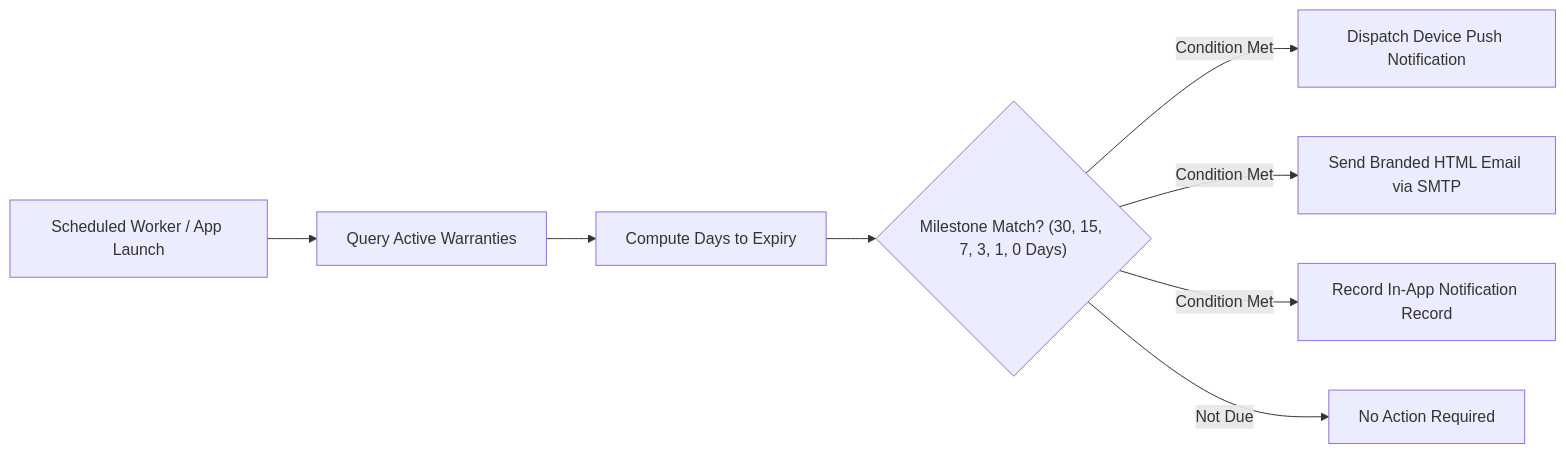
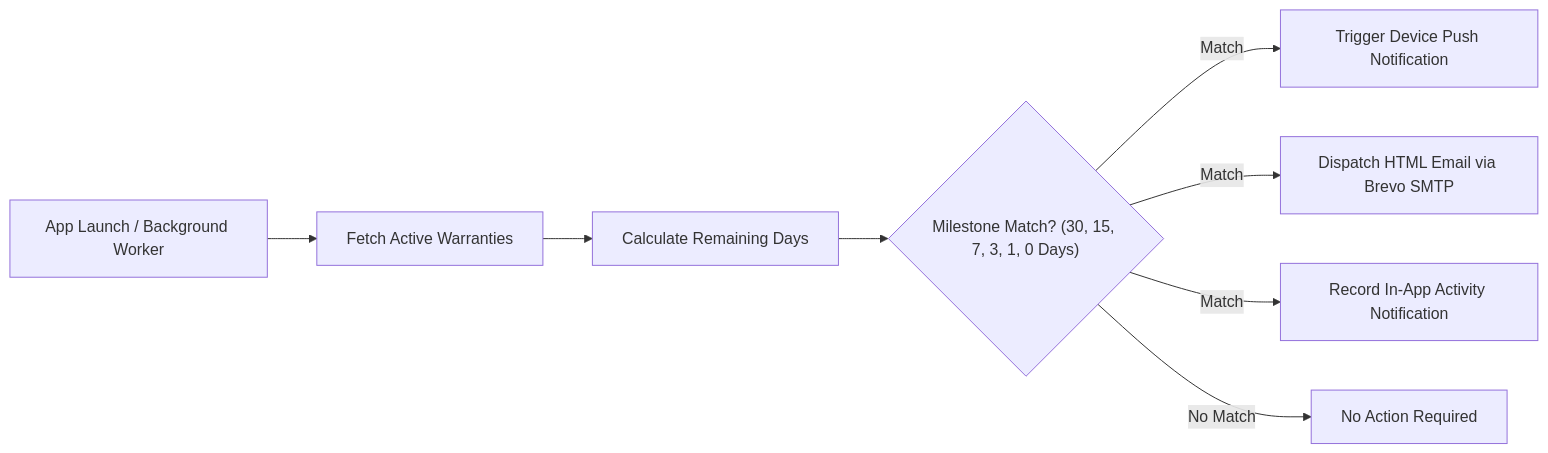
One commit to milanraj-github/RECEIPTO changed the second of 2 diagrams in README.md. Above: the diagram before and after it, drawn with Mermaid. The commit also changed other lines of this file and 2 other files, not shown here.

Commit message:
docs: fix logo display, update modern 3-tier architecture, and refine professional README

````diff
--- a/README.md
+++ b/README.md
@@ -203,10 +189,10 @@
 ```mermaid
 flowchart LR
-    A["Scheduled Worker / App Launch"] --> B["Query Active Warranties"]
-    B --> C["Compute Days to Expiry"]
+    A["App Launch / Background Worker"] --> B["Fetch Active Warranties"]
+    B --> C["Calculate Remaining Days"]
     C --> D{"Milestone Match? (30, 15, 7, 3, 1, 0 Days)"}
-    D -- "Condition Met" --> E["Dispatch Device Push Notification"]
-    D -- "Condition Met" --> F["Send Branded HTML Email via SMTP"]
-    D -- "Condition Met" --> G["Record In-App Notification Record"]
-    D -- "Not Due" --> H["No Action Required"]
+    D -- "Match" --> E["Trigger Device Push Notification"]
+    D -- "Match" --> F["Dispatch HTML Email via Brevo SMTP"]
+    D -- "Match" --> G["Record In-App Activity Notification"]
+    D -- "No Match" --> H["No Action Required"]
 ```
````
